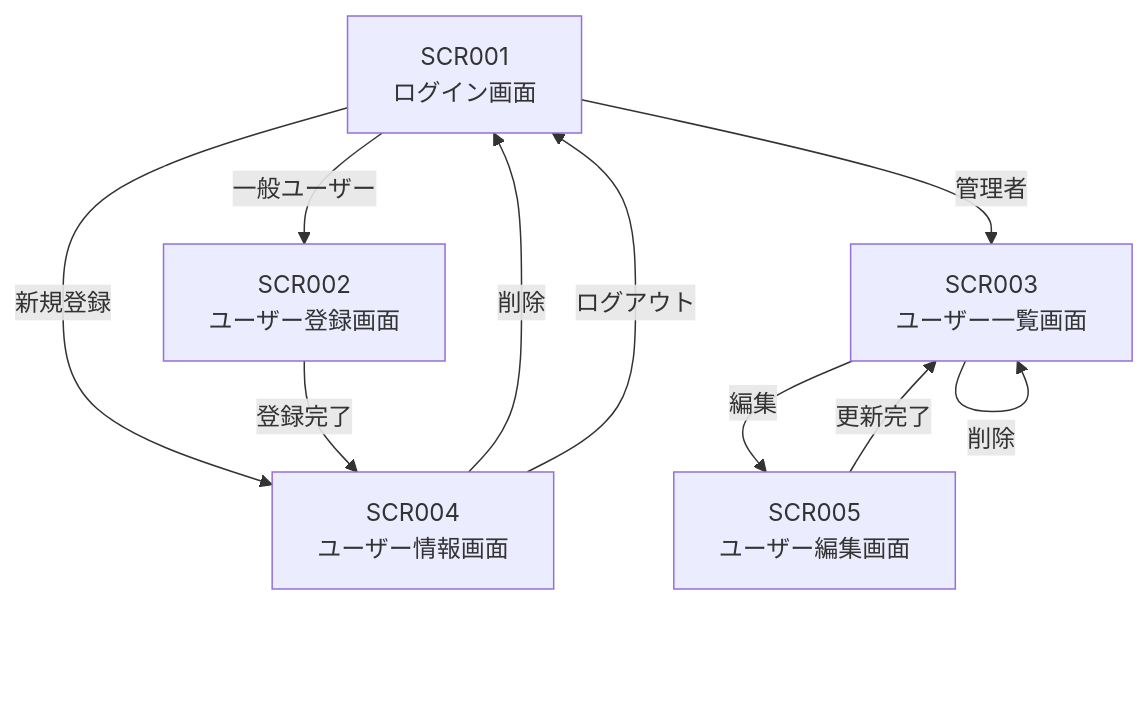
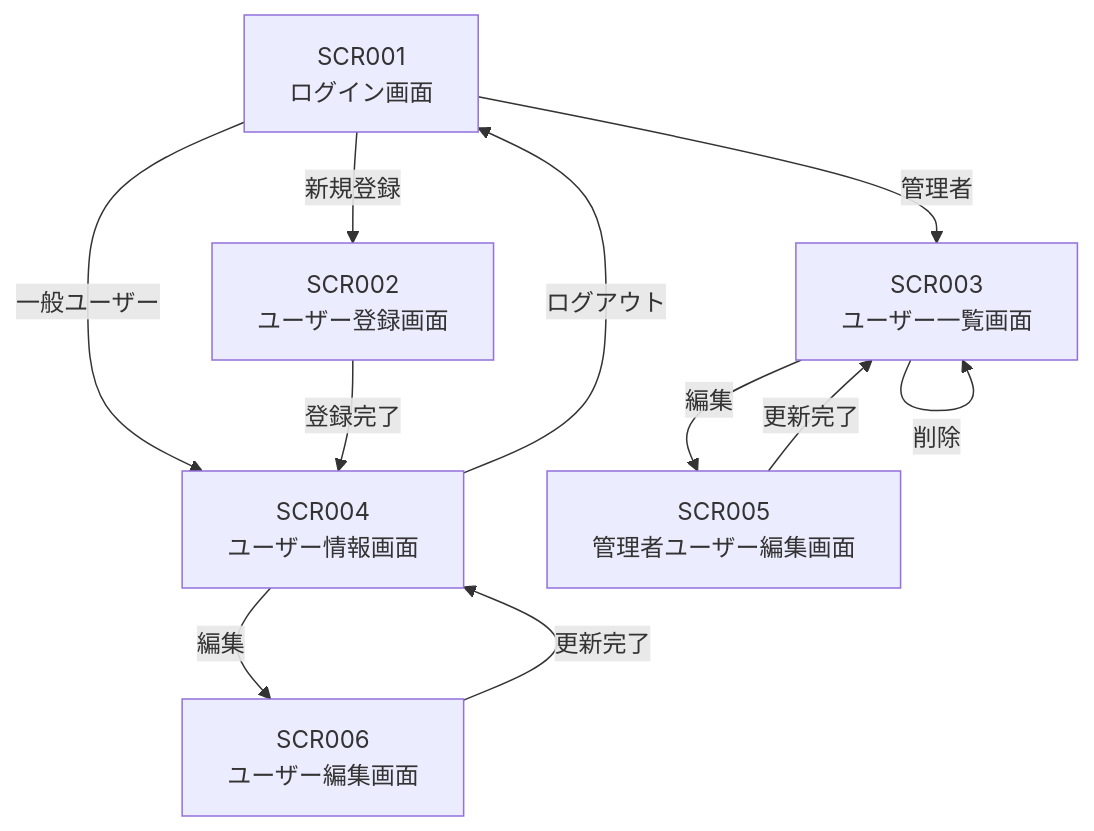
One commit to Mihara-Yamato-com/training_yamato_app changed the first of 2 diagrams in 02_base_design.md. Above: the diagram before and after it, drawn with Mermaid. The commit also changed 2 other files, not shown here.

Commit message:
詳細設計の作成と要件定義と基本設計の画面遷移図の修正

````diff
--- a/02_base_design.md
+++ b/02_base_design.md
@@ -31,19 +31,21 @@
 ```mermaid
 flowchart TD
 
     SCR001["SCR001<br>ログイン画面"]
 
-    SCR001 -->|一般ユーザー| SCR002["SCR002<br>ユーザー登録画面"]
+    SCR001 -->|新規登録| SCR002["SCR002<br>ユーザー登録画面"]
     SCR001 -->|管理者| SCR003["SCR003<br>ユーザー一覧画面"]
 
-    SCR001 -->|新規登録| SCR004["SCR004<br>ユーザー情報画面"]
-    SCR003 -->|編集| SCR005["SCR005<br>ユーザー編集画面"]
+    SCR001 -->|一般ユーザー| SCR004["SCR004<br>ユーザー情報画面"]
+    SCR003 -->|編集|SCR005["SCR005<br>管理者ユーザー編集画面"]
     SCR003 -->|削除|SCR003["SCR003<br>ユーザー一覧画面"]
-    SCR004 -->|削除|SCR001["SCR001<br>ログイン画面"]
+    SCR004 -->|編集|SCR006["SCR006<br>ユーザー編集画面"]
 
     SCR004 -->|ログアウト| SCR001
     
 
     SCR002 -->|登録完了| SCR004
     SCR005 -->|更新完了| SCR003
+    SCR006 -->|更新完了| SCR004
+    
 ```
````
